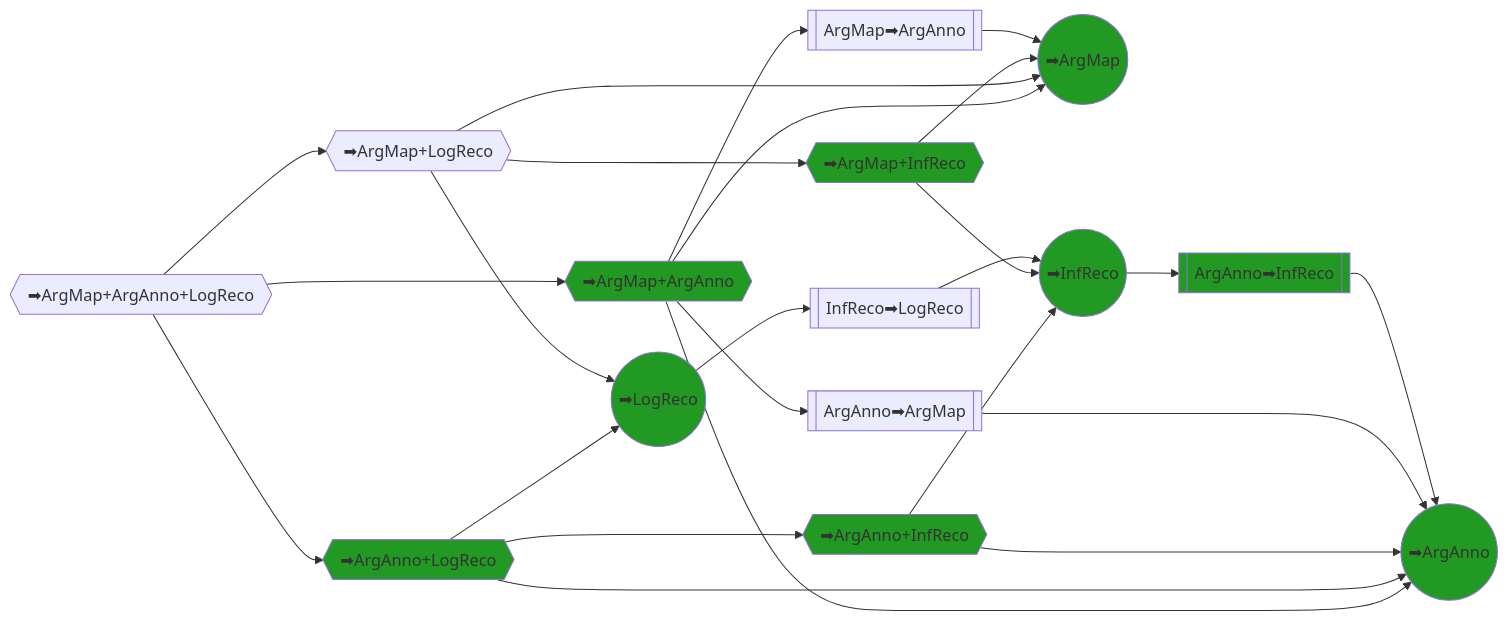
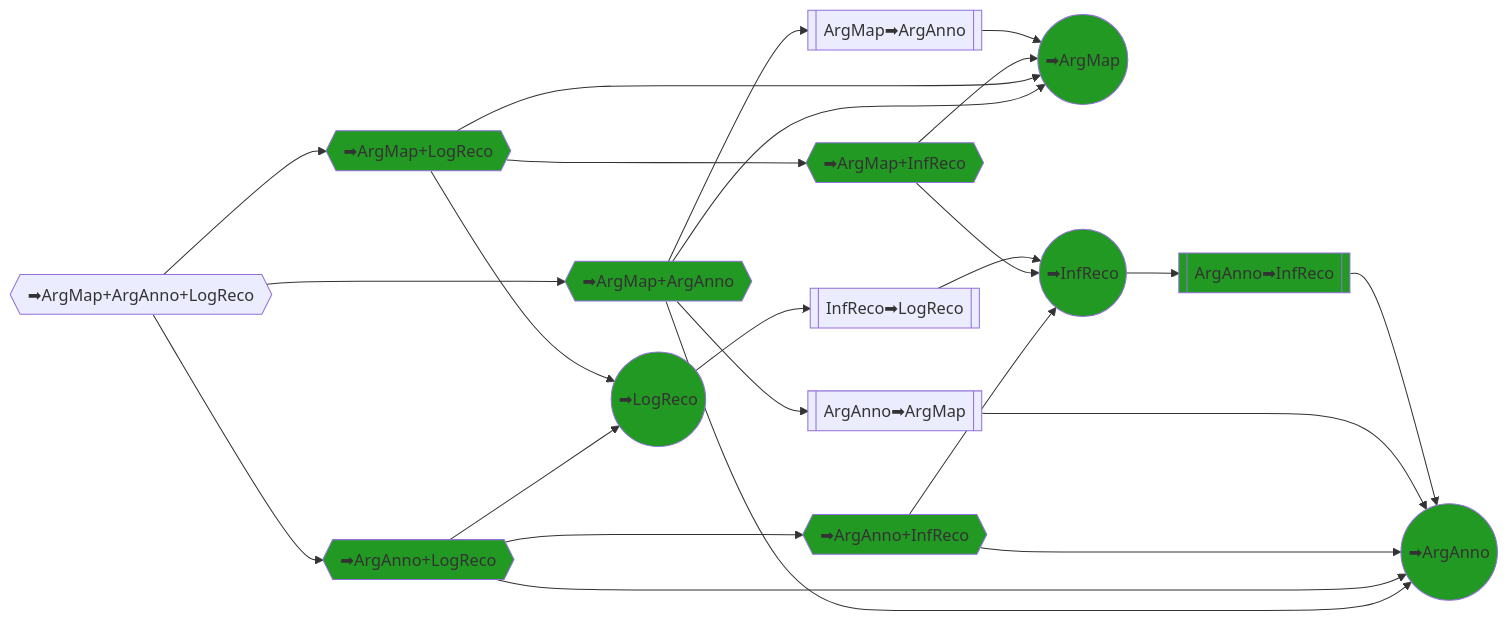
One commit to debatelab/argdown-feedback changed the third of 3 diagrams in README.md. Above: the diagram before and after it, drawn with Mermaid. The commit also changed 5 other files, not shown here.

````diff
--- a/README.md
+++ b/README.md
@@ -53,54 +53,54 @@
 ```mermaid
 flowchart LR
 
 %%Top comprehensive tasks%%
 
 
 T1{{➡ArgMap+ArgAnno+LogReco}}
 
 T2{{➡ArgMap+ArgAnno}}
 T3{{➡ArgAnno+LogReco}}
 T4{{➡ArgMap+LogReco}}
 T9{{➡ArgAnno+InfReco}}
 T10{{➡ArgMap+InfReco}}
 
 T5((➡ArgMap))
 T6((➡ArgAnno))
 T7((➡LogReco))
 T8((➡InfReco))
 
 T1 --> T2 
 T1 --> T3 --> T9
 T1 --> T4 --> T10
 
 T2 --> T5
 T2 --> T6
 T3 --> T6
 T3 --> T7
 T4 --> T5
 T4 --> T7
 T9 --> T6
 T9 --> T8
 T10 --> T5
 T10 --> T8
 
 SE1[[ArgAnno➡ArgMap]]
 T2 --> SE1 --> T6
 
 SE2[[ArgMap➡ArgAnno]]
 T2 --> SE2 --> T5
 
 %%Logical reconstruction exercises%%
 
 SE3[[ArgAnno➡InfReco]]
 T8 --> SE3 --> T6
 
 
 SE4[[InfReco➡LogReco]]
 T7 --> SE4 --> T8
 
 classDef Completed fill:#292;
-class T2,T3,T5,T6,T7,T8,T9,T10,SE3 Completed;
+class T2,T3,T4,T5,T6,T7,T8,T9,T10,SE3 Completed;
 
 
 ```
````
